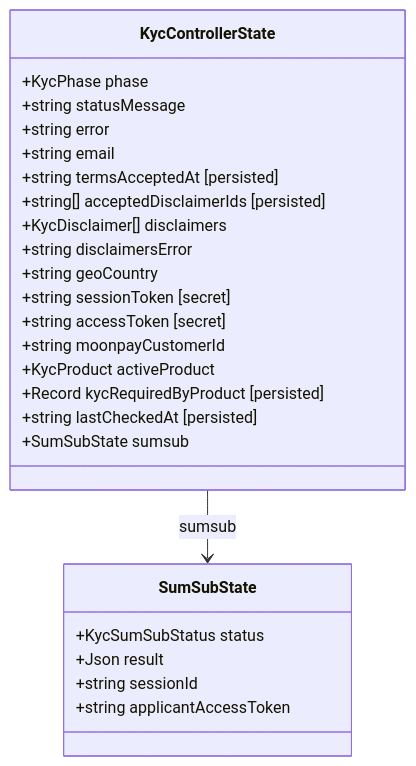
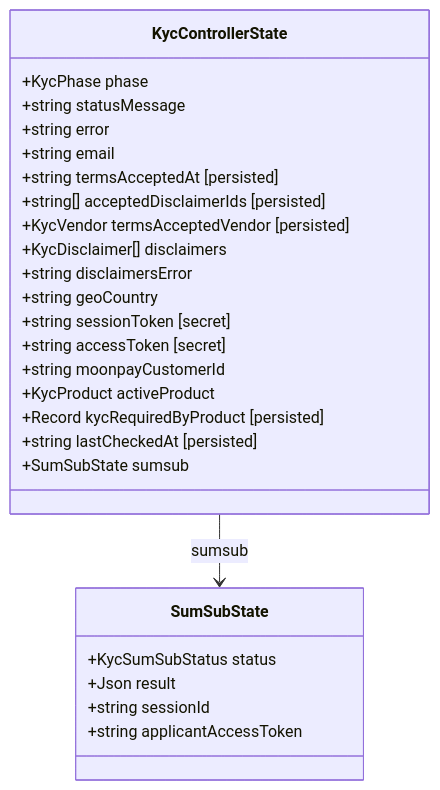
One commit to MetaMask/core changed the second of 10 diagrams in packages/kyc-controller/ARCHITECTURE.md. Above: the diagram before and after it, drawn with Mermaid. The commit also changed other lines of this file and 4 other files, not shown here.

First line of the commit message:
fix(kyc-controller): scope terms acceptance per vendor and harden status polling

````diff
--- a/packages/kyc-controller/ARCHITECTURE.md
+++ b/packages/kyc-controller/ARCHITECTURE.md
@@ -166,28 +166,29 @@
 ```mermaid
 classDiagram
     class KycControllerState {
         +KycPhase phase
         +string statusMessage
         +string error
         +string email
         +string termsAcceptedAt [persisted]
         +string[] acceptedDisclaimerIds [persisted]
+        +KycVendor termsAcceptedVendor [persisted]
         +KycDisclaimer[] disclaimers
         +string disclaimersError
         +string geoCountry
         +string sessionToken [secret]
         +string accessToken [secret]
         +string moonpayCustomerId
         +KycProduct activeProduct
         +Record kycRequiredByProduct [persisted]
         +string lastCheckedAt [persisted]
         +SumSubState sumsub
     }
     class SumSubState {
         +KycSumSubStatus status
         +Json result
         +string sessionId
         +string applicantAccessToken
     }
     KycControllerState --> SumSubState : sumsub
 ```
````
